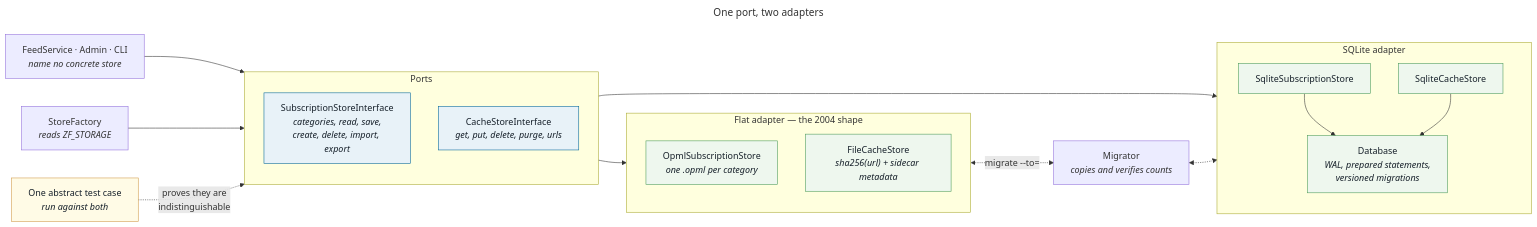
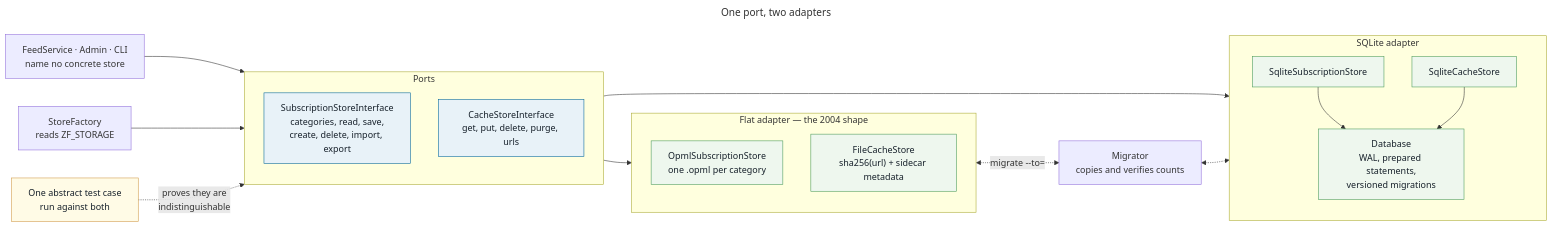
One commit to andreibesleaga/zfeeder changed the diagram in docs/diagrams/06-storage-ports.mmd. Above: the diagram before and after it, drawn with Mermaid. The commit also changed 22 other files, not shown here.

```diff
--- a/docs/diagrams/06-storage-ports.mmd
+++ b/docs/diagrams/06-storage-ports.mmd
@@ -1,42 +1,42 @@
 ---
 title: "One port, two adapters"
 ---
 flowchart LR
-    users["FeedService · Admin · CLI<br/><i>name no concrete store</i>"]
+    users["FeedService · Admin · CLI<br/>name no concrete store"]
 
     subgraph ports["Ports"]
-        si["SubscriptionStoreInterface<br/><i>categories, read, save,<br/>create, delete, import, export</i>"]
-        ci["CacheStoreInterface<br/><i>get, put, delete, purge, urls</i>"]
+        si["SubscriptionStoreInterface<br/>categories, read, save,<br/>create, delete, import, export"]
+        ci["CacheStoreInterface<br/>get, put, delete, purge, urls"]
     end
 
     subgraph flat["Flat adapter — the 2004 shape"]
-        fo["OpmlSubscriptionStore<br/><i>one .opml per category</i>"]
-        fc["FileCacheStore<br/><i>sha256#40;url#41; + sidecar metadata</i>"]
+        fo["OpmlSubscriptionStore<br/>one .opml per category"]
+        fc["FileCacheStore<br/>sha256(url) + sidecar metadata"]
     end
 
     subgraph sql["SQLite adapter"]
         so["SqliteSubscriptionStore"]
         sc["SqliteCacheStore"]
-        db["Database<br/><i>WAL, prepared statements,<br/>versioned migrations</i>"]
+        db["Database<br/>WAL, prepared statements,<br/>versioned migrations"]
     end
 
-    fac["StoreFactory<br/><i>reads ZF_STORAGE</i>"]
-    mig["Migrator<br/><i>copies and verifies counts</i>"]
-    test["One abstract test case<br/><i>run against both</i>"]
+    fac["StoreFactory<br/>reads ZF_STORAGE"]
+    mig["Migrator<br/>copies and verifies counts"]
+    test["One abstract test case<br/>run against both"]
 
     users --> ports
     fac --> ports
     ports --> flat
     ports --> sql
     so --> db
     sc --> db
     flat <-.->|"migrate --to="| mig
     mig <-.-> sql
     test -.->|"proves they are<br/>indistinguishable"| ports
 
     classDef p fill:#e8f2f8,stroke:#006699,color:#16202a
     classDef a fill:#eef7ee,stroke:#4a9a5a,color:#16202a
     classDef t fill:#fffbe6,stroke:#d19a4a,color:#16202a
     class si,ci p
     class fo,fc,so,sc,db a
     class test t
```
